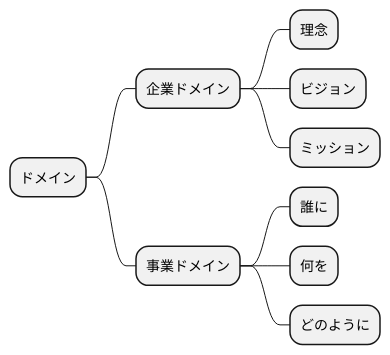
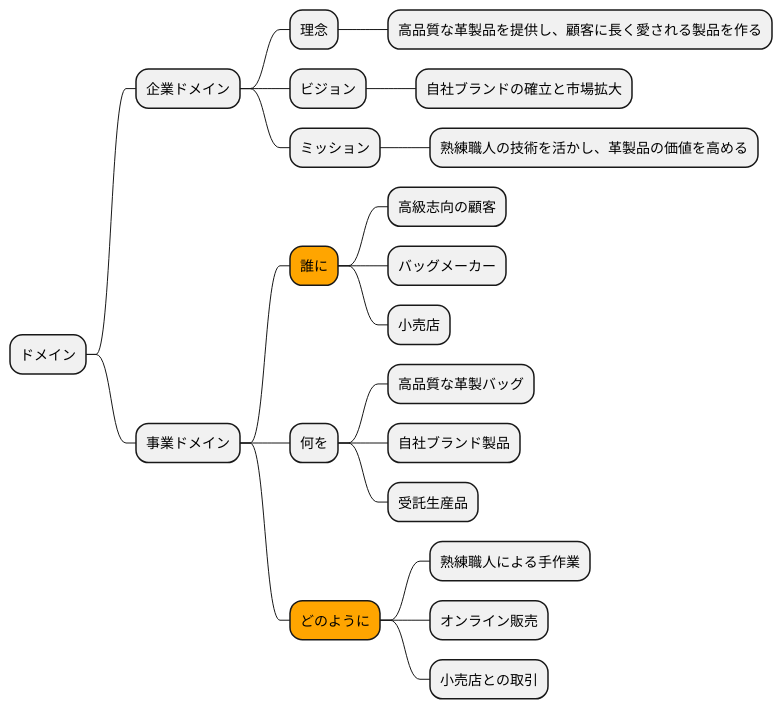
One commit to k2works/case-sutudy-business-analysis changed the fifth of 16 diagrams in docs/case/r03_case_3.adoc. Above: the diagram before and after it, drawn with PlantUML. The commit also changed other lines of this file, not shown here.

```diff
--- a/docs/case/r03_case_3.adoc
+++ b/docs/case/r03_case_3.adoc
@@ -168,16 +187,28 @@
 [plantuml]
 ----
 @startmindmap
 
 * ドメイン
 ** 企業ドメイン
 *** 理念
+**** 高品質な革製品を提供し、顧客に長く愛される製品を作る
 *** ビジョン
+**** 自社ブランドの確立と市場拡大
 *** ミッション
+**** 熟練職人の技術を活かし、革製品の価値を高める
 ** 事業ドメイン
-*** 誰に
+***[#orange] 誰に
+**** 高級志向の顧客
+**** バッグメーカー
+**** 小売店
 *** 何を
-*** どのように
+**** 高品質な革製バッグ
+**** 自社ブランド製品
+**** 受託生産品
+***[#orange] どのように
+**** 熟練職人による手作業
+**** オンライン販売
+**** 小売店との取引
 
 @endmindmap
 ----
```
